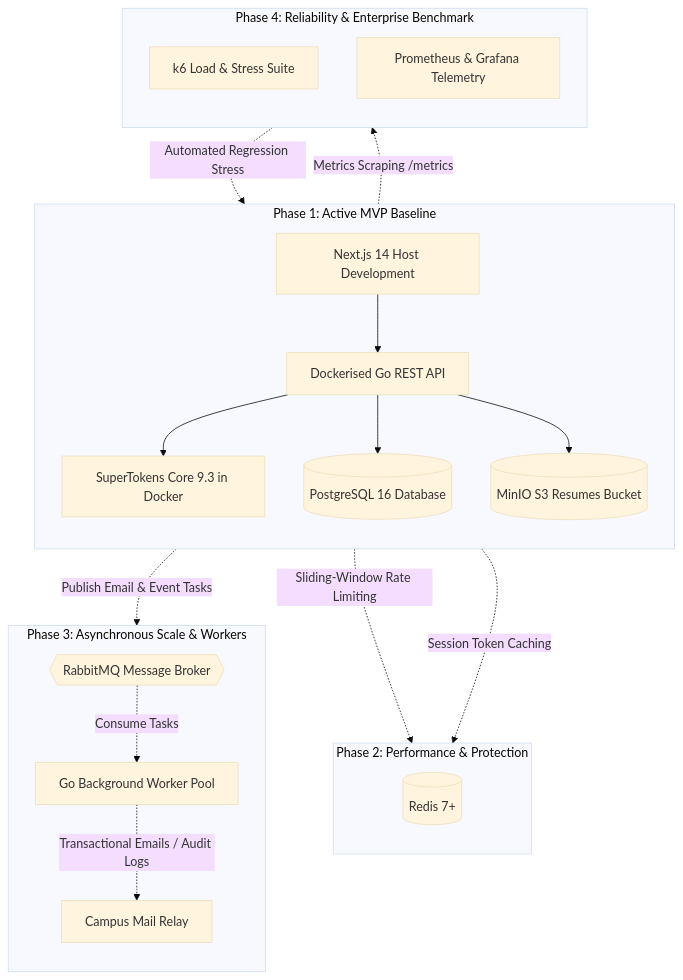
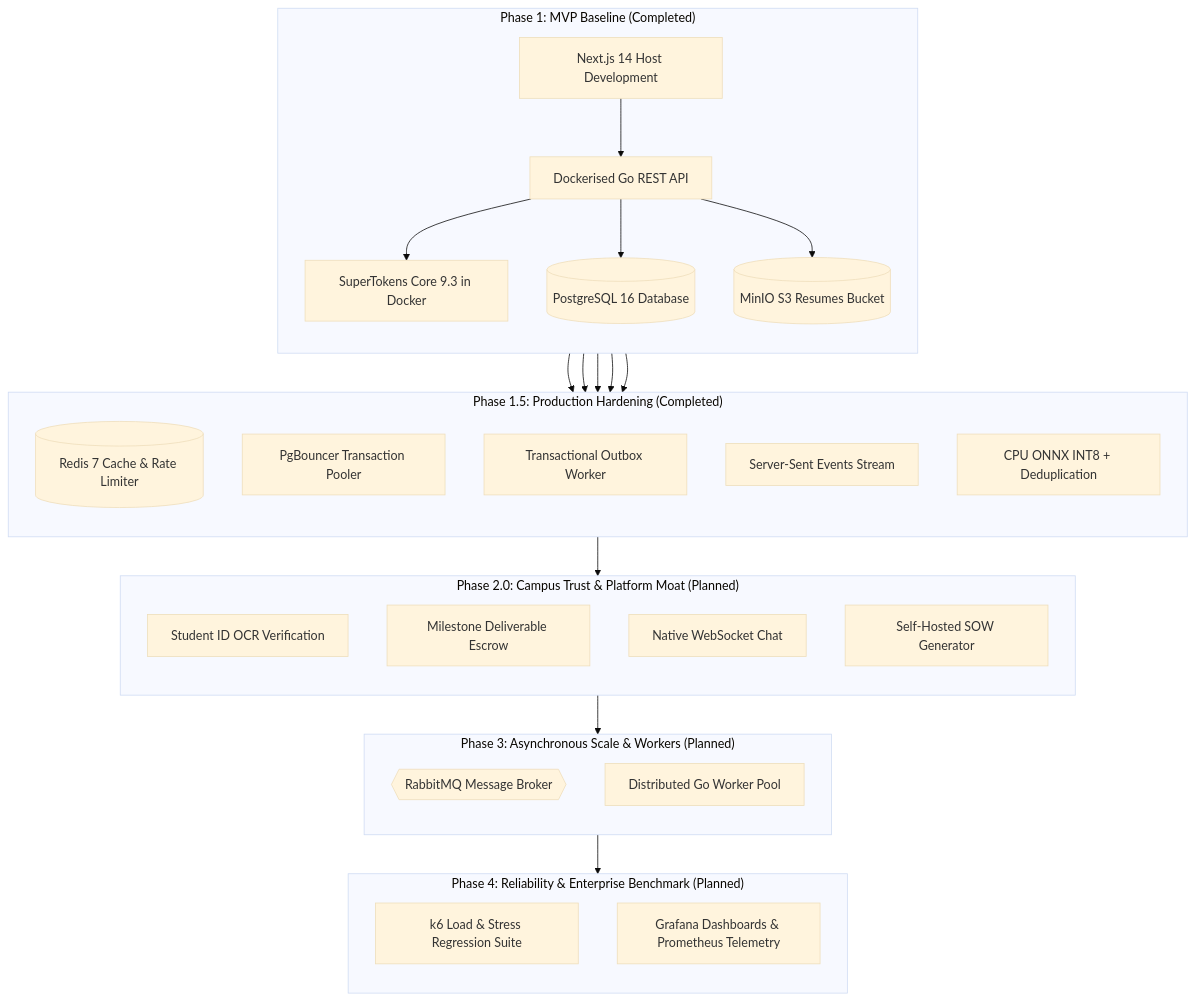
One commit to BIJJUDAMA/Lynk changed the third of 3 diagrams in docs/architecture/system-architecture.md. Above: the diagram before and after it, drawn with Mermaid (base theme). The commit also changed other lines of this file and 4 other files, not shown here.

Commit message:
docs: update system architecture, database ERD, and OpenAPI specs for production hardening

````diff
--- a/docs/architecture/system-architecture.md
+++ b/docs/architecture/system-architecture.md
@@ -230,39 +262,53 @@
 ```mermaid
 flowchart TD
-    subgraph Phase1["Phase 1: Active MVP Baseline"]
+    subgraph Phase1["Phase 1: MVP Baseline (Completed)"]
         direction TB
         P1_FE[Next.js 14 Host Development]
         P1_API[Dockerised Go REST API]
         P1_ST[SuperTokens Core 9.3 in Docker]
         P1_PG[(PostgreSQL 16 Database)]
         P1_S3[(MinIO S3 Resumes Bucket)]
         P1_FE --> P1_API
         P1_API --> P1_ST
         P1_API --> P1_PG
         P1_API --> P1_S3
     end
 
-    subgraph Phase2["Phase 2: Performance & Protection"]
+    subgraph Phase1_5["Phase 1.5: Production Hardening (Completed)"]
         direction TB
-        P2_REDIS[(Redis 7+)]
-        P1_API -.->|Sliding-Window Rate Limiting| P2_REDIS
-        P1_API -.->|Session Token Caching| P2_REDIS
+        P15_REDIS[(Redis 7 Cache & Rate Limiter)]
+        P15_PGB[PgBouncer Transaction Pooler]
+        P15_OUTBOX[Transactional Outbox Worker]
+        P15_SSE[Server-Sent Events Stream]
+        P15_ONNX[CPU ONNX INT8 + Deduplication]
+        P1_API --> P15_REDIS
+        P1_API --> P15_PGB
+        P1_API --> P15_OUTBOX
+        P1_API --> P15_SSE
     end
 
-    subgraph Phase3["Phase 3: Asynchronous Scale & Workers"]
+    subgraph Phase2["Phase 2.0: Campus Trust & Platform Moat (Planned)"]
+        direction TB
+        P2_OCR[Student ID OCR Verification]
+        P2_ESCROW[Milestone Deliverable Escrow]
+        P2_WS[Native WebSocket Chat]
+        P2_LLM[Self-Hosted SOW Generator]
+    end
+
+    subgraph Phase3["Phase 3: Asynchronous Scale & Workers (Planned)"]
         direction TB
         P3_RMQ{{RabbitMQ Message Broker}}
-        P3_WORKER[Go Background Worker Pool]
-        P1_API -.->|Publish Email & Event Tasks| P3_RMQ
-        P3_RMQ -.->|Consume Tasks| P3_WORKER
-        P3_WORKER -.->|Transactional Emails / Audit Logs| P3_EXT[Campus Mail Relay]
+        P3_WORKER[Distributed Go Worker Pool]
     end
 
-    subgraph Phase4["Phase 4: Reliability & Enterprise Benchmark"]
+    subgraph Phase4["Phase 4: Reliability & Enterprise Benchmark (Planned)"]
         direction TB
-        P4_K6[k6 Load & Stress Suite]
-        P4_OBS[Prometheus & Grafana Telemetry]
-        P4_K6 -.->|Automated Regression Stress| P1_API
-        P1_API -.->|Metrics Scraping /metrics| P4_OBS
+        P4_K6[k6 Load & Stress Regression Suite]
+        P4_OBS[Grafana Dashboards & Prometheus Telemetry]
     end
+
+    Phase1 --> Phase1_5
+    Phase1_5 --> Phase2
+    Phase2 --> Phase3
+    Phase3 --> Phase4
 ```
````
